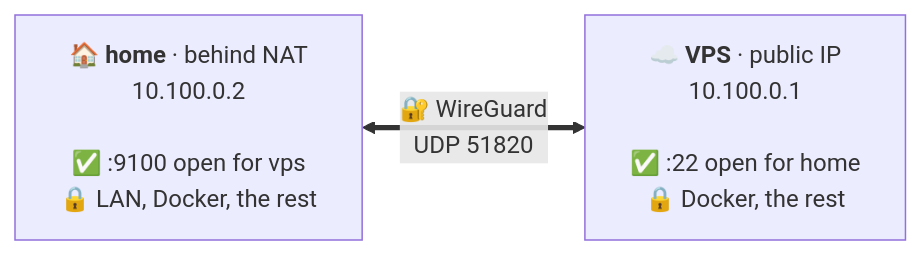
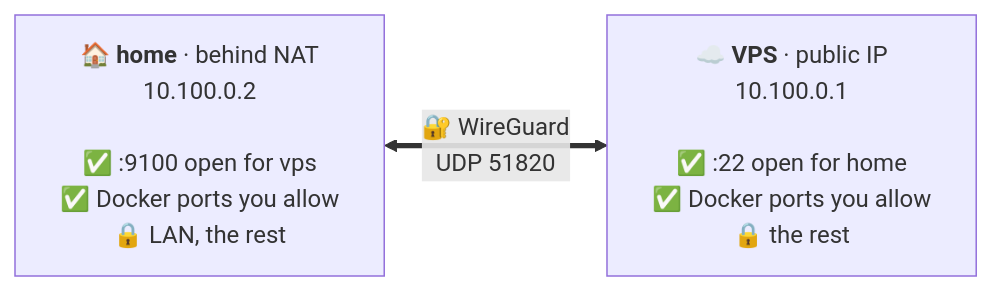
Before and after one commit to nikitakiselev/meshly: the diagram in README.md, drawn with Mermaid. The commit also changed other lines of this file and 8 other files, not shown here.

````diff
--- a/README.md
+++ b/README.md
@@ -27,7 +27,7 @@
 ```mermaid
 %%{init: {"flowchart": {"wrappingWidth": 400}}}%%
 flowchart LR
-    home["🏠 <b>home</b> · behind NAT<br/>10.100.0.2<br/><br/>✅ :9100 open for vps<br/>🔒 LAN, Docker, the rest"]
-    vps["☁️ <b>VPS</b> · public IP<br/>10.100.0.1<br/><br/>✅ :22 open for home<br/>🔒 Docker, the rest"]
+    home["🏠 <b>home</b> · behind NAT<br/>10.100.0.2<br/><br/>✅ :9100 open for vps<br/>✅ Docker ports you allow<br/>🔒 LAN, the rest"]
+    vps["☁️ <b>VPS</b> · public IP<br/>10.100.0.1<br/><br/>✅ :22 open for home<br/>✅ Docker ports you allow<br/>🔒 the rest"]
     home <==>|"🔐 WireGuard<br/>UDP 51820"| vps
 ```
````
